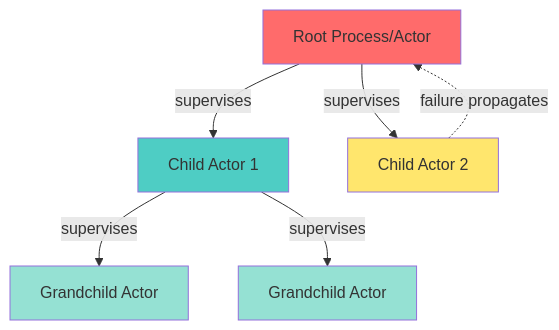
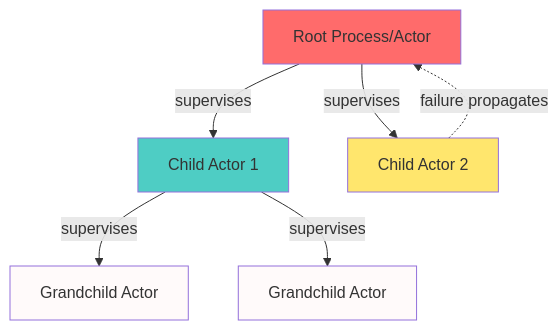
Before and after one commit to AlirezaShamsoshoara/monarch: the fourth of 7 diagrams in docs/MONARCH_OVERVIEW.md, drawn with Mermaid. The commit also changed other lines of this file and 3 other files, not shown here.

````diff
--- a/docs/MONARCH_OVERVIEW.md
+++ b/docs/MONARCH_OVERVIEW.md
@@ -329,15 +329,15 @@
 ```mermaid
 graph TD
     Root[Root Process/Actor] -->|supervises| Child1[Child Actor 1]
     Root -->|supervises| Child2[Child Actor 2]
     Child1 -->|supervises| GC1[Grandchild Actor]
     Child1 -->|supervises| GC2[Grandchild Actor]
 
     Child2 -.->|failure propagates| Root
 
     style Root fill:#ff6b6b
     style Child1 fill:#4ecdc4
     style Child2 fill:#ffe66d
-    style GC1 fill:#95e1d3
-    style GC2 fill:#95e1d3
+    style GC1 fill:#FFFAFA
+    style GC2 fill:#FFFAFA
 ```
````
